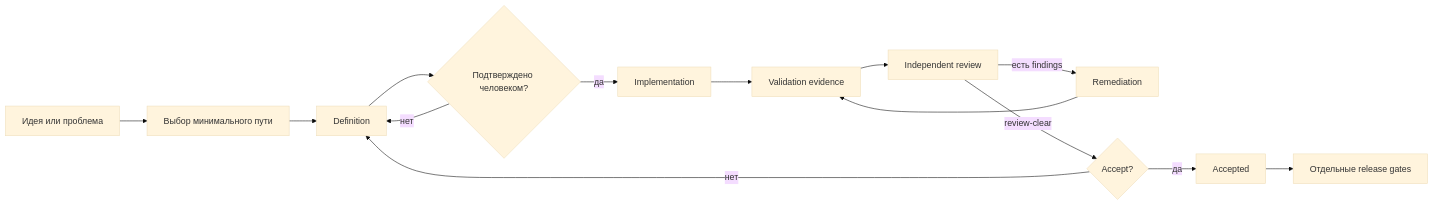
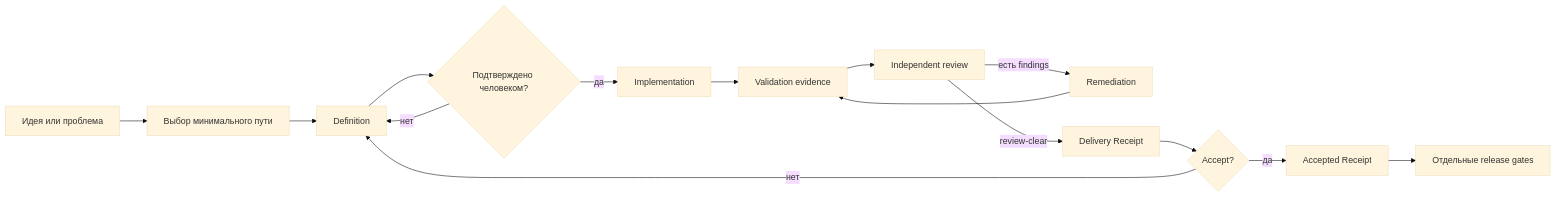
One commit to alexivengo/easy-peasy-dls changed the diagram in docs/how-it-works.md. Above: the diagram before and after it, drawn with Mermaid (base theme). The commit also changed other lines of this file and 18 other files, not shown here.

````diff
--- a/docs/how-it-works.md
+++ b/docs/how-it-works.md
@@ -7,16 +7,17 @@
 ```mermaid
 flowchart LR
     A["Идея или проблема"] --> B["Выбор минимального пути"]
     B --> C["Definition"]
     C --> D{"Подтверждено человеком?"}
     D -- "нет" --> C
     D -- "да" --> E["Implementation"]
     E --> F["Validation evidence"]
     F --> G["Independent review"]
     G -- "есть findings" --> H["Remediation"]
     H --> F
-    G -- "review-clear" --> I{"Accept?"}
+    G -- "review-clear" --> R["Delivery Receipt"]
+    R --> I{"Accept?"}
     I -- "нет" --> C
-    I -- "да" --> J["Accepted"]
+    I -- "да" --> J["Accepted Receipt"]
     J --> K["Отдельные release gates"]
 ```
````
